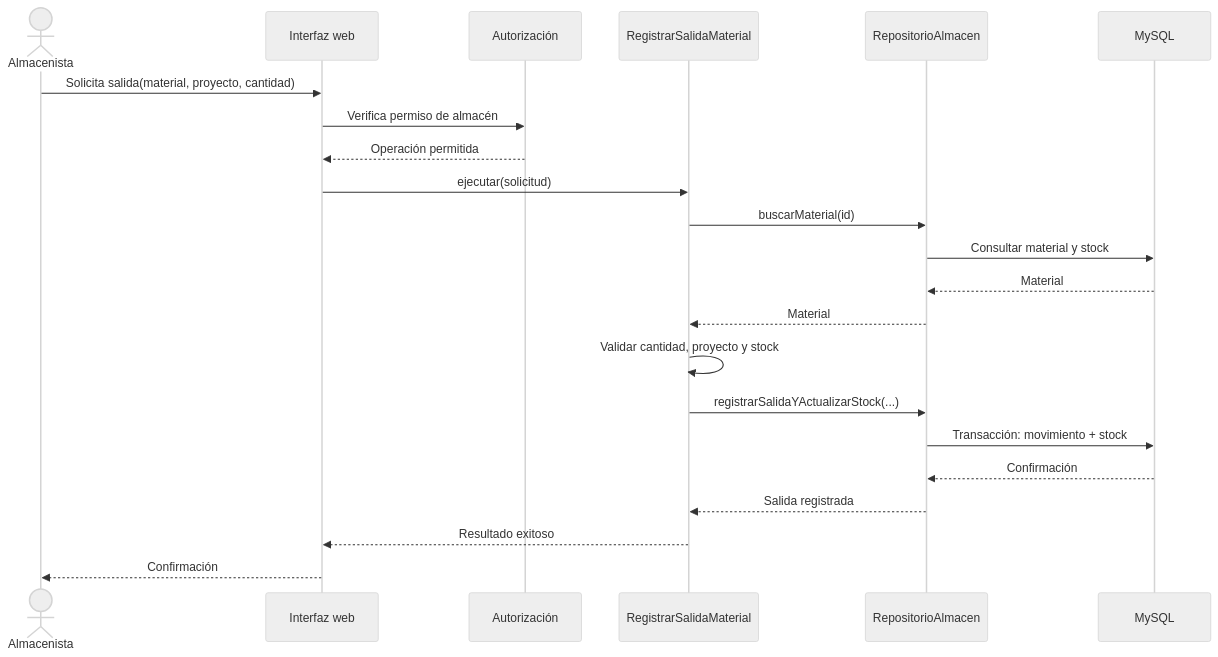
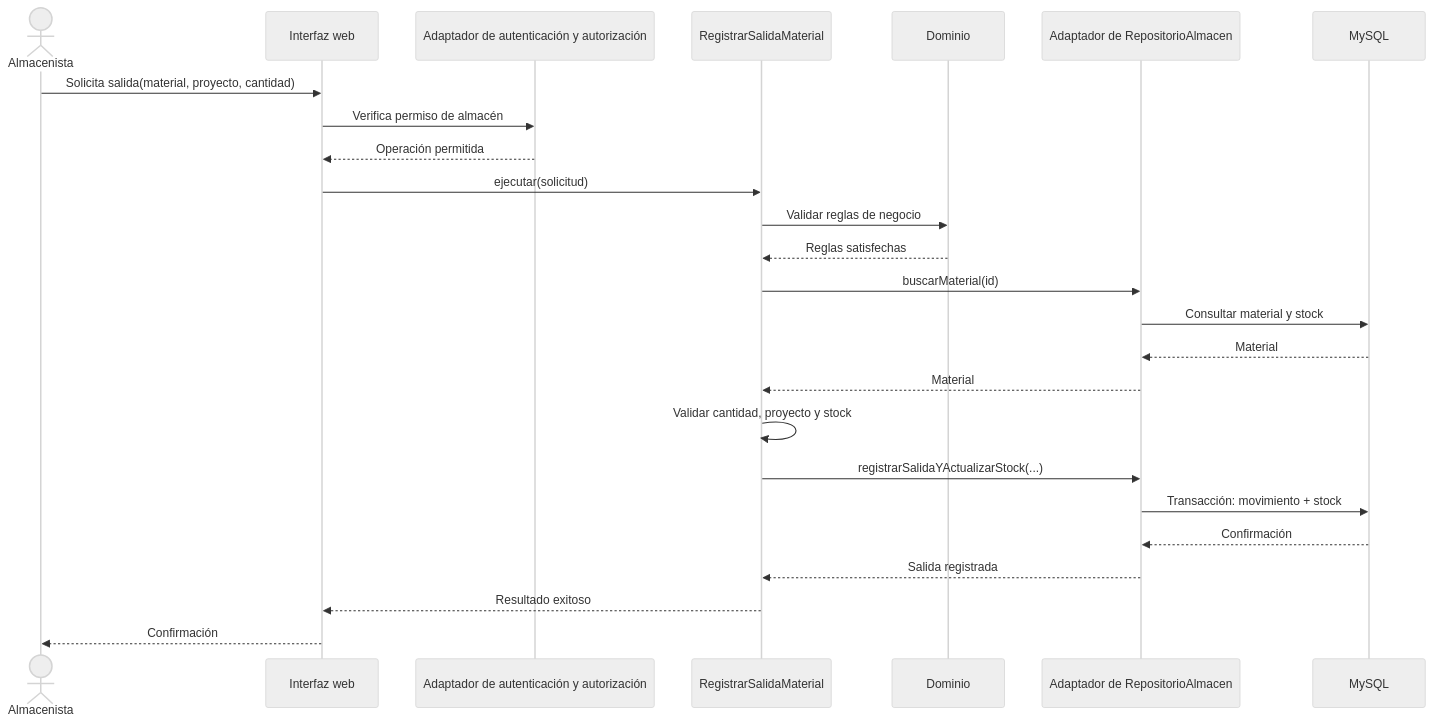
One commit to dostinarroyo/Constructora-arquitSoft-02-Dostin_Arroyo changed the diagram in docs/03-diseno-de-software/diseño-interno/diseño-interno-de-modulos.md. Above: the diagram before and after it, drawn with Mermaid (neutral theme). The commit also changed other lines of this file and 18 other files, not shown here.

First line of the commit message:
docs: align architecture with Clean Architecture

````diff
--- a/docs/03-diseno-de-software/diseño-interno/diseño-interno-de-modulos.md
+++ b/docs/03-diseno-de-software/diseño-interno/diseño-interno-de-modulos.md
@@ -79,25 +85,28 @@
 ```mermaid
 sequenceDiagram
     actor Almacenista
     participant UI as Interfaz web
-    participant Auth as Autorización
+    participant Auth as Adaptador de autenticación y autorización
     participant UC as RegistrarSalidaMaterial
-    participant Repo as RepositorioAlmacen
+    participant Domain as Dominio
+    participant Repo as Adaptador de RepositorioAlmacen
     participant DB as MySQL
 
     Almacenista->>UI: Solicita salida(material, proyecto, cantidad)
     UI->>Auth: Verifica permiso de almacén
     Auth-->>UI: Operación permitida
     UI->>UC: ejecutar(solicitud)
+    UC->>Domain: Validar reglas de negocio
+    Domain-->>UC: Reglas satisfechas
     UC->>Repo: buscarMaterial(id)
     Repo->>DB: Consultar material y stock
     DB-->>Repo: Material
     Repo-->>UC: Material
     UC->>UC: Validar cantidad, proyecto y stock
     UC->>Repo: registrarSalidaYActualizarStock(...)
     Repo->>DB: Transacción: movimiento + stock
     DB-->>Repo: Confirmación
     Repo-->>UC: Salida registrada
     UC-->>UI: Resultado exitoso
     UI-->>Almacenista: Confirmación
 ```
````
